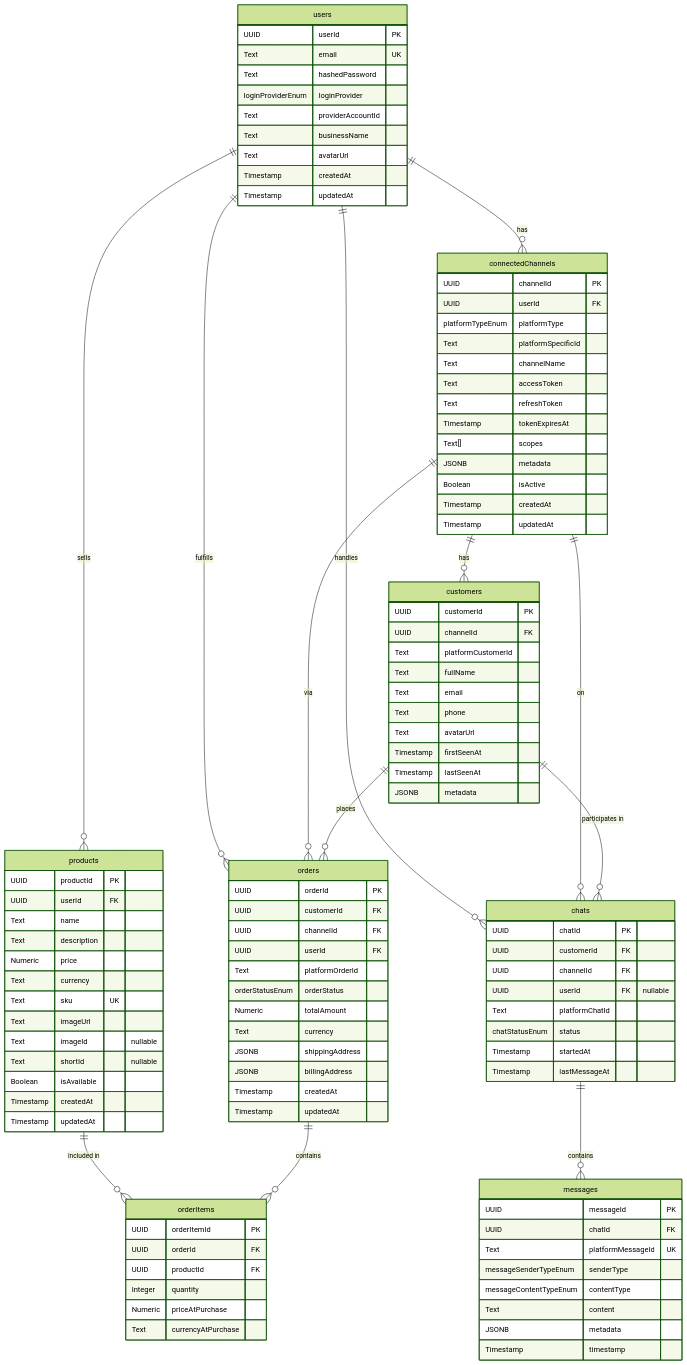
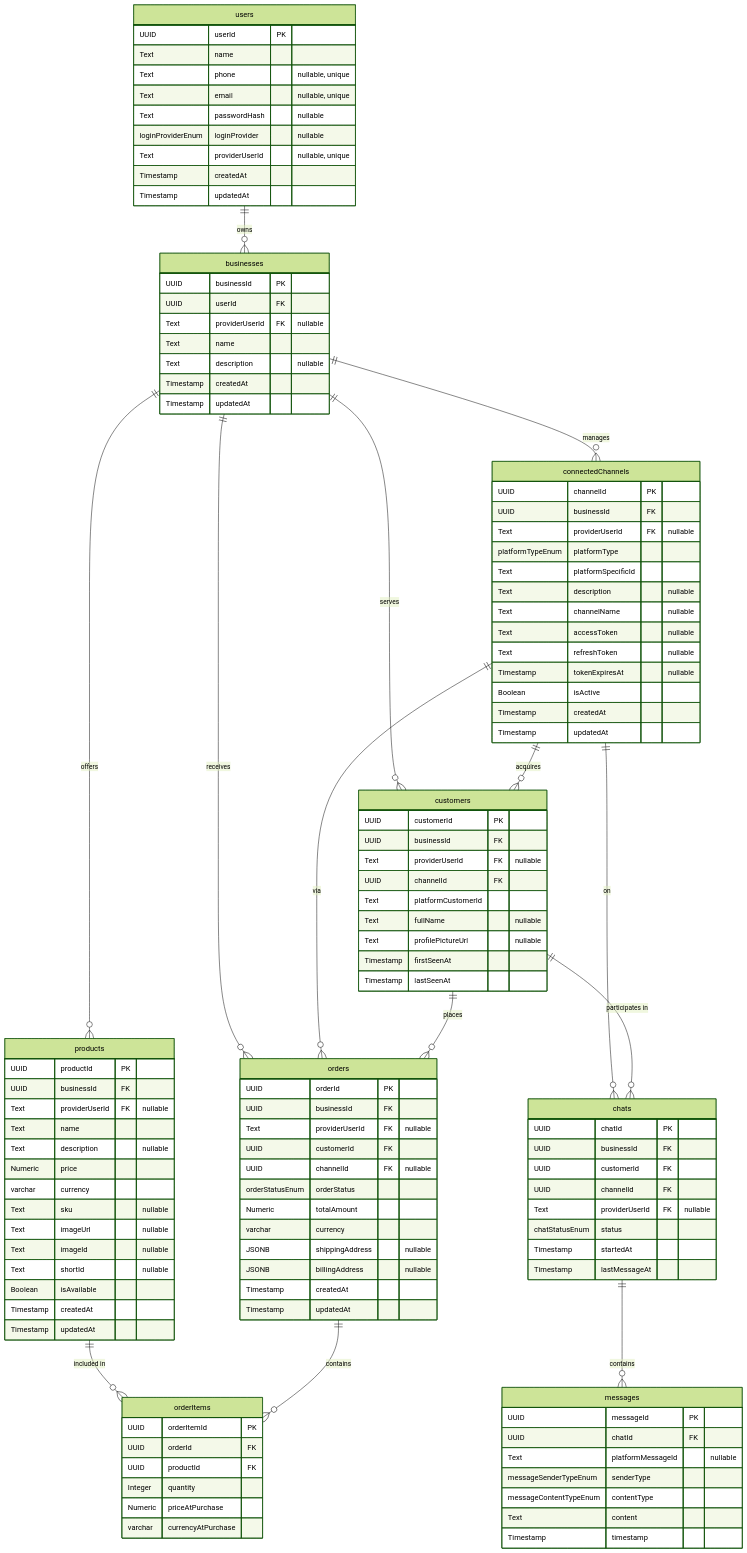
The diagram in architecture.md (Zul-Qarnain/oryzon_test), drawn with Mermaid (forest theme) before and after one commit. The commit also changed other lines of this file and 1 other file, not shown here.

````diff
--- a/architecture.md
+++ b/architecture.md
@@ -161,11 +174,12 @@
 ```mermaid
 erDiagram
-    users ||--o{ connectedChannels : "has"
-    users ||--o{ products : "sells"
-    users ||--o{ orders : "fulfills"
-    users ||--o{ chats : "handles"
-
-    connectedChannels ||--o{ customers : "has"
+    users ||--o{ businesses : "owns"
+    businesses ||--o{ connectedChannels : "manages"
+    businesses ||--o{ products : "offers"
+    businesses ||--o{ customers : "serves"
+    businesses ||--o{ orders : "receives"
+    
+    connectedChannels ||--o{ customers : "acquires"
     connectedChannels ||--o{ orders : "via"
     connectedChannels ||--o{ chats : "on"
 
@@ -180,27 +194,37 @@
 
     users {
         UUID userId PK
-        Text email UK
-        Text hashedPassword
-        loginProviderEnum loginProvider
-        Text providerAccountId
-        Text businessName
-        Text avatarUrl
+        Text name
+        Text phone "nullable, unique"
+        Text email "nullable, unique"
+        Text passwordHash "nullable"
+        loginProviderEnum loginProvider "nullable"
+        Text providerUserId "nullable, unique"
+        Timestamp createdAt
+        Timestamp updatedAt
+    }
+
+    businesses {
+        UUID businessId PK
+        UUID userId FK
+        Text providerUserId FK "nullable"
+        Text name
+        Text description "nullable"
         Timestamp createdAt
         Timestamp updatedAt
     }
 
     connectedChannels {
         UUID channelId PK
-        UUID userId FK
+        UUID businessId FK
+        Text providerUserId FK "nullable"
         platformTypeEnum platformType
         Text platformSpecificId
-        Text channelName
-        Text accessToken
-        Text refreshToken
-        Timestamp tokenExpiresAt
-        Text[] scopes
-        JSONB metadata
+        Text description "nullable"
+        Text channelName "nullable"
+        Text accessToken "nullable"
+        Text refreshToken "nullable"
+        Timestamp tokenExpiresAt "nullable"
         Boolean isActive
         Timestamp createdAt
         Timestamp updatedAt
@@ -208,13 +232,14 @@
 
     products {
         UUID productId PK
-        UUID userId FK
+        UUID businessId FK
+        Text providerUserId FK "nullable"
         Text name
-        Text description
+        Text description "nullable"
         Numeric price
-        Text currency
-        Text sku UK
-        Text imageUrl
+        varchar currency
+        Text sku "nullable"
+        Text imageUrl "nullable"
         Text imageId "nullable"
         Text shortId "nullable"
         Boolean isAvailable
@@ -224,28 +249,27 @@
 
     customers {
         UUID customerId PK
+        UUID businessId FK
+        Text providerUserId FK "nullable"
         UUID channelId FK
         Text platformCustomerId
-        Text fullName
-        Text email
-        Text phone
-        Text avatarUrl
+        Text fullName "nullable"
+        Text profilePictureUrl "nullable"
         Timestamp firstSeenAt
         Timestamp lastSeenAt
-        JSONB metadata
     }
 
     orders {
         UUID orderId PK
+        UUID businessId FK
+        Text providerUserId FK "nullable"
         UUID customerId FK
-        UUID channelId FK
-        UUID userId FK
-        Text platformOrderId
+        UUID channelId FK "nullable"
         orderStatusEnum orderStatus
         Numeric totalAmount
-        Text currency
-        JSONB shippingAddress
-        JSONB billingAddress
+        varchar currency
+        JSONB shippingAddress "nullable"
+        JSONB billingAddress "nullable"
         Timestamp createdAt
         Timestamp updatedAt
     }
@@ -256,15 +280,15 @@
         UUID productId FK
         Integer quantity
         Numeric priceAtPurchase
-        Text currencyAtPurchase
+        varchar currencyAtPurchase
     }
 
     chats {
         UUID chatId PK
+        UUID businessId FK
         UUID customerId FK
         UUID channelId FK
-        UUID userId FK "nullable"
-        Text platformChatId
+        Text providerUserId FK "nullable"
         chatStatusEnum status
         Timestamp startedAt
         Timestamp lastMessageAt
@@ -273,11 +297,10 @@
     messages {
         UUID messageId PK
         UUID chatId FK
-        Text platformMessageId UK
+        Text platformMessageId "nullable"
         messageSenderTypeEnum senderType
         messageContentTypeEnum contentType
         Text content
-        JSONB metadata
         Timestamp timestamp
     }
 ```
````
